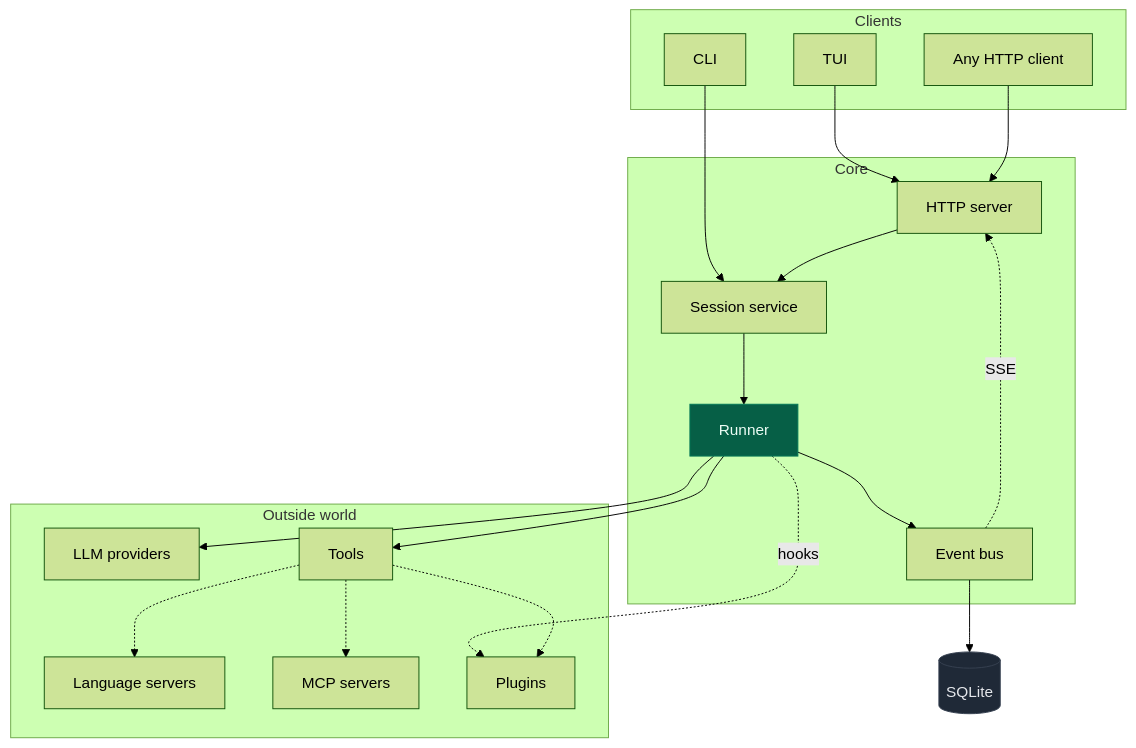
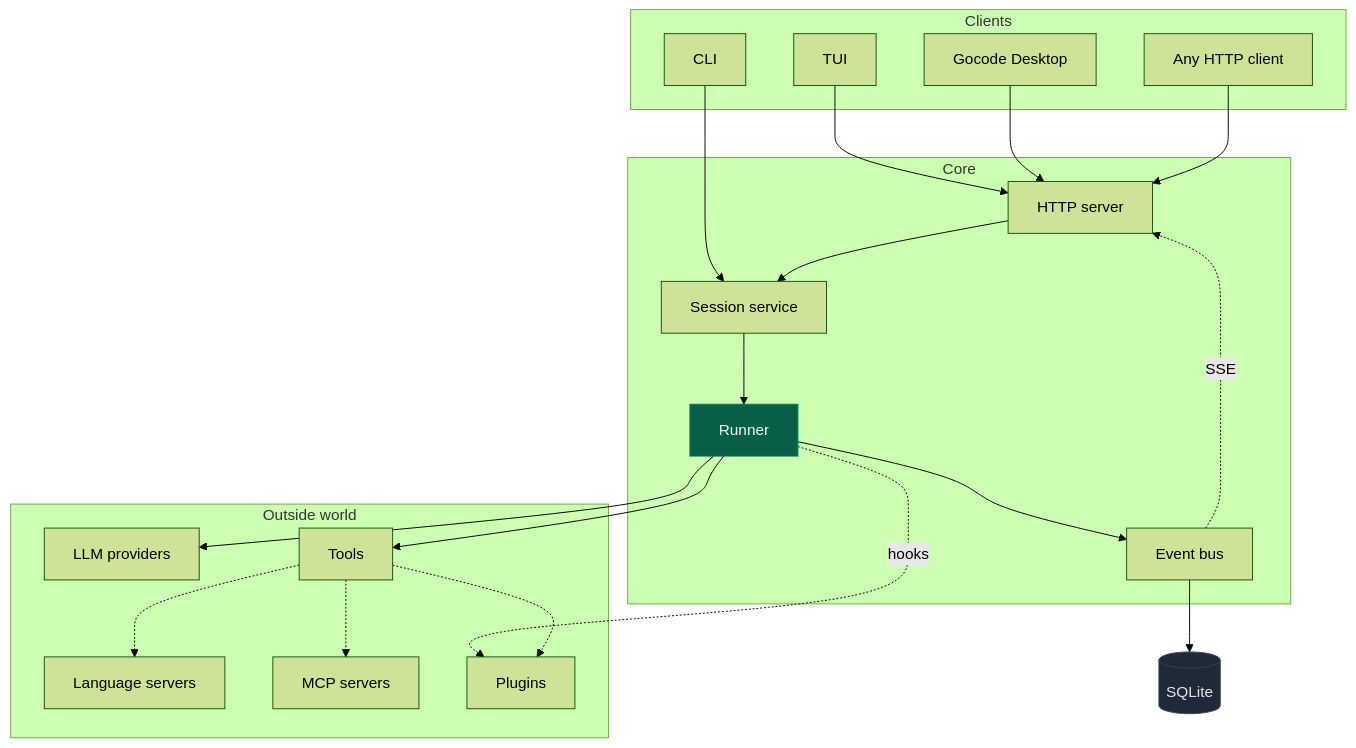
One commit to langazov/gocode changed the diagram in documentation/README.md. Above: the diagram before and after it, drawn with Mermaid (forest theme). The commit also changed other lines of this file and 10 other files, not shown here.

Commit message:
feat(docs): add Gocode Desktop documentation and screenshots

````diff
--- a/documentation/README.md
+++ b/documentation/README.md
@@ -62,39 +64,41 @@
 ```mermaid
 flowchart TB
   subgraph clients["Clients"]
     TUI["TUI"]
+    DESK["Gocode Desktop"]
     CLI["CLI"]
     HTTP["Any HTTP client"]
   end
 
   subgraph core["Core"]
     SRV["HTTP server"]
     SVC["Session service"]
     RUN["Runner"]
     BUS["Event bus"]
   end
 
   subgraph out["Outside world"]
     LLM["LLM providers"]
     TOOLS["Tools"]
     LSP["Language servers"]
     MCP["MCP servers"]
     PLUG["Plugins"]
   end
 
   TUI --> SRV
+  DESK --> SRV
   CLI --> SVC
   HTTP --> SRV
   SRV --> SVC --> RUN
   RUN --> LLM
   RUN --> TOOLS
   RUN -.->|hooks| PLUG
   TOOLS -.-> LSP
   TOOLS -.-> MCP
   TOOLS -.-> PLUG
   RUN --> BUS --> DB[("SQLite")]
   BUS -.->|SSE| SRV
 
   style DB fill:#1f2937,stroke:#374151,color:#e5e7eb
   style RUN fill:#065f46,stroke:#047857,color:#ecfdf5
 ```
````
